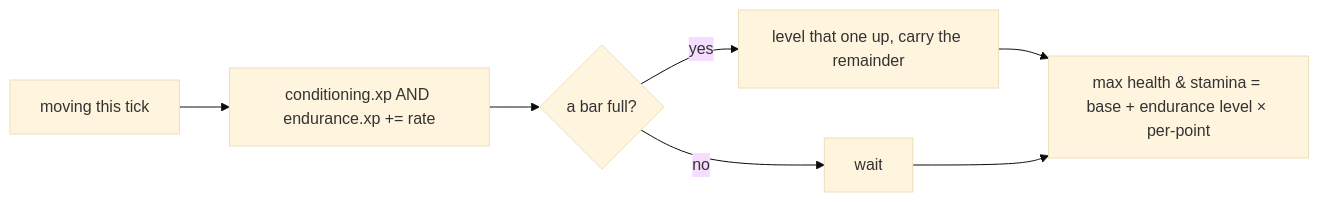
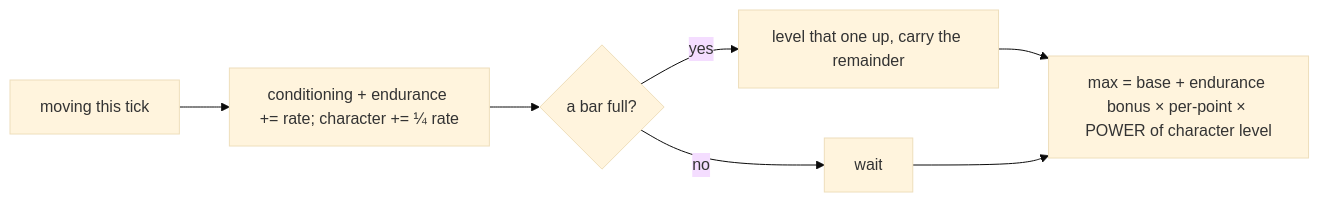
Before and after one commit to IsItJeff/game-engine: the diagram in docs/engine/progression.md, drawn with Mermaid (base theme). The commit also changed other lines of this file and 7 other files, not shown here.

First line of the commit message:
P1: global Character Level — a veteran multiplier on earned stats (#15)

````diff
--- a/docs/engine/progression.md
+++ b/docs/engine/progression.md
@@ -25,9 +25,9 @@
 ```mermaid
 flowchart LR
-  act[moving this tick] --> xp[conditioning.xp AND endurance.xp += rate]
+  act[moving this tick] --> xp[conditioning + endurance += rate; character += ¼ rate]
   xp --> lvl{a bar full?}
   lvl -->|yes| up[level that one up, carry the remainder]
   lvl -->|no| keep[wait]
-  up --> stat[max health & stamina = base + endurance level × per-point]
+  up --> stat[max = base + endurance bonus × per-point × POWER of character level]
   keep --> stat
 ```
````
